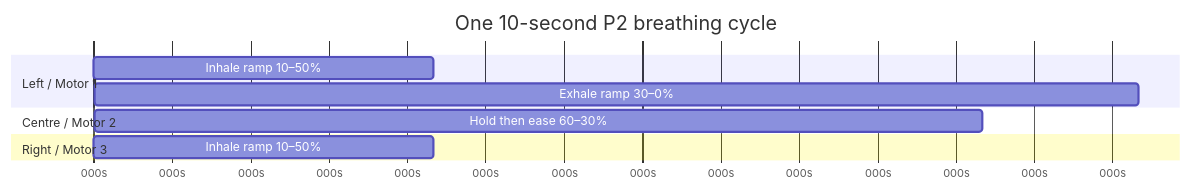
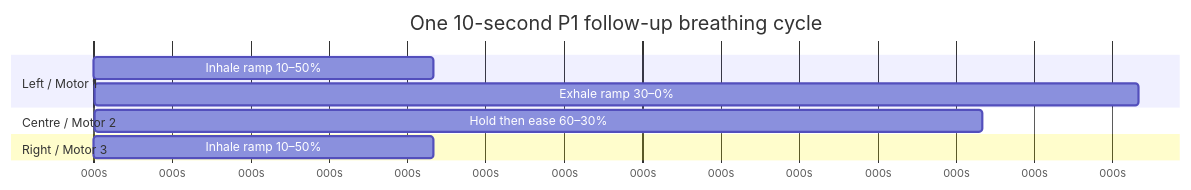
One commit to rohanbaichwal1-rgb/Sutra changed the third of 3 diagrams in docs/README.md. Above: the diagram before and after it, drawn with Mermaid. The commit also changed other lines of this file and 21 other files, not shown here.

````diff
--- a/docs/README.md
+++ b/docs/README.md
@@ -63,13 +68,13 @@
 ```mermaid
 gantt
-    title One 10-second P2 breathing cycle
+    title One 10-second P1 follow-up breathing cycle
     dateFormat  X
     axisFormat %Ls
     section Left / Motor 1
     Inhale ramp 10–50% : 0, 1300
     Exhale ramp 30–0% : 6000, 4000
     section Centre / Motor 2
     Hold then ease 60–30% : 2600, 3400
     section Right / Motor 3
     Inhale ramp 10–50% : 1300, 1300
 ```
````
